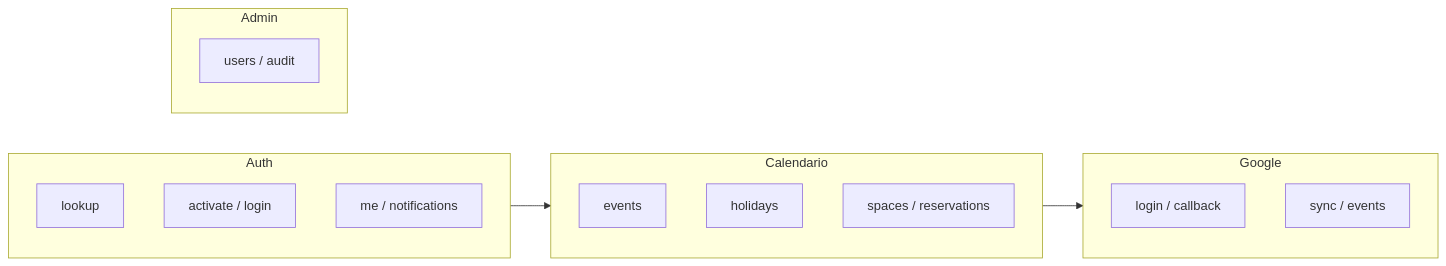
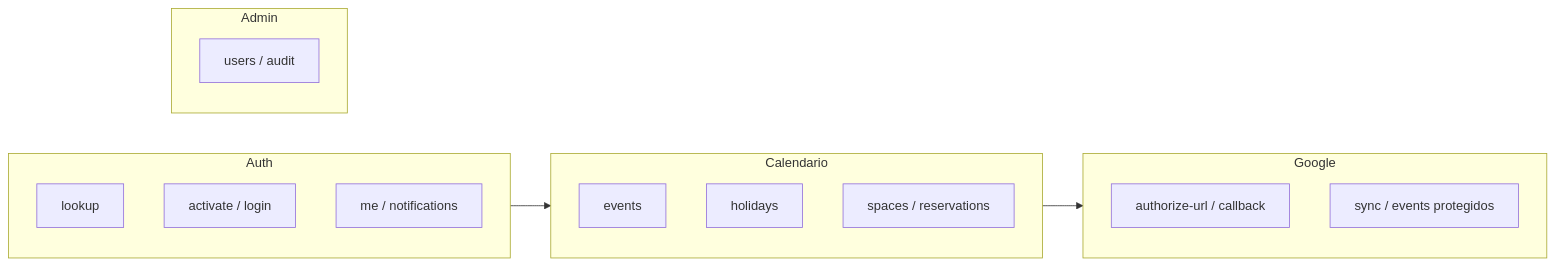
Diagram 16 of 16 in README.md (JackStar6677-1/CCAACalendar), drawn with Mermaid before and after one commit. The commit also changed other lines of this file and 16 other files, not shown here.

````diff
--- a/README.md
+++ b/README.md
@@ -387,23 +392,23 @@
 ```mermaid
 flowchart LR
     subgraph auth ["Auth"]
         A1[lookup]
         A2[activate / login]
         A3[me / notifications]
     end
     subgraph core ["Calendario"]
         C1[events]
         C2[holidays]
         C3[spaces / reservations]
     end
     subgraph google ["Google"]
-        G1[login / callback]
-        G2[sync / events]
+        G1[authorize-url / callback]
+        G2[sync / events protegidos]
     end
     subgraph admin ["Admin"]
         D1[users / audit]
     end
 
     auth --> core
     core --> google
 ```
````
